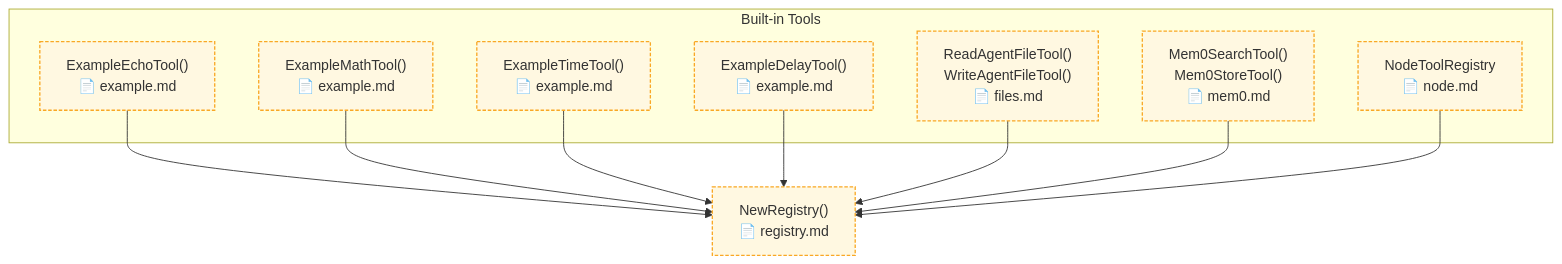
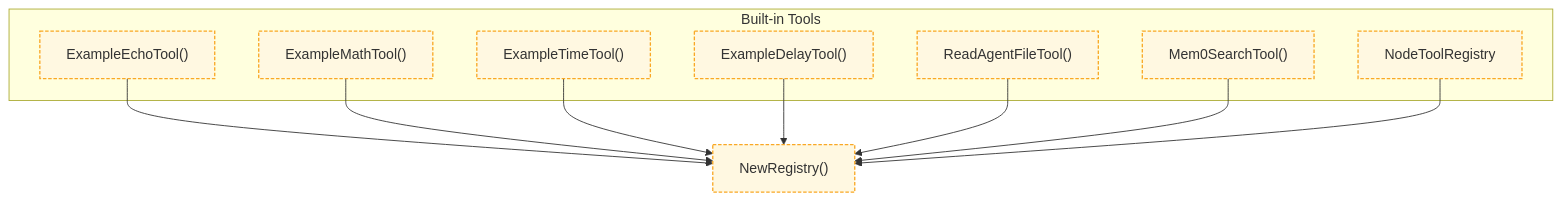
The diagram in docs/internal/agent/tools.md (radch-ai/ava), drawn with Mermaid before and after one commit. The commit also changed 8 other files, not shown here.

````diff
--- a/docs/internal/agent/tools.md
+++ b/docs/internal/agent/tools.md
@@ -7,36 +7,35 @@
 ```mermaid
 flowchart TB
     subgraph Tools ["Built-in Tools"]
-        Echo["ExampleEchoTool()
-        📄 example.md"]
-        Math["ExampleMathTool()
-        📄 example.md"]
-        Time["ExampleTimeTool()
-        📄 example.md"]
-        Delay["ExampleDelayTool()
-        📄 example.md"]
-        Files["ReadAgentFileTool()
-        WriteAgentFileTool()
-        📄 files.md"]
-        Mem0["Mem0SearchTool()
-        Mem0StoreTool()
-        📄 mem0.md"]
-        Node["NodeToolRegistry
-        📄 node.md"]
+        Echo["ExampleEchoTool()"]
+        Math["ExampleMathTool()"]
+        Time["ExampleTimeTool()"]
+        Delay["ExampleDelayTool()"]
+        Files["ReadAgentFileTool()"]
+        Mem0["Mem0SearchTool()"]
+        Node["NodeToolRegistry"]
     end
     
-    Registry["NewRegistry()
-    📄 registry.md"]
+    Registry["NewRegistry()"]
+    
+    click Echo href "example.md"
+    click Math href "example.md"
+    click Time href "example.md"
+    click Delay href "example.md"
+    click Files href "files.md"
+    click Mem0 href "mem0.md"
+    click Node href "node.md"
+    click Registry href "registry.md"
     
     Echo --> Registry
     Math --> Registry
     Time --> Registry
     Delay --> Registry
     Files --> Registry
     Mem0 --> Registry
     Node --> Registry
 
     classDef localPkgs fill:#fff8e1,stroke:#f9a825,stroke-width:1.5px,stroke-dasharray:4 2
     
     class Echo,Math,Time,Delay,Files,Mem0,Node,Registry localPkgs
 ```
````
